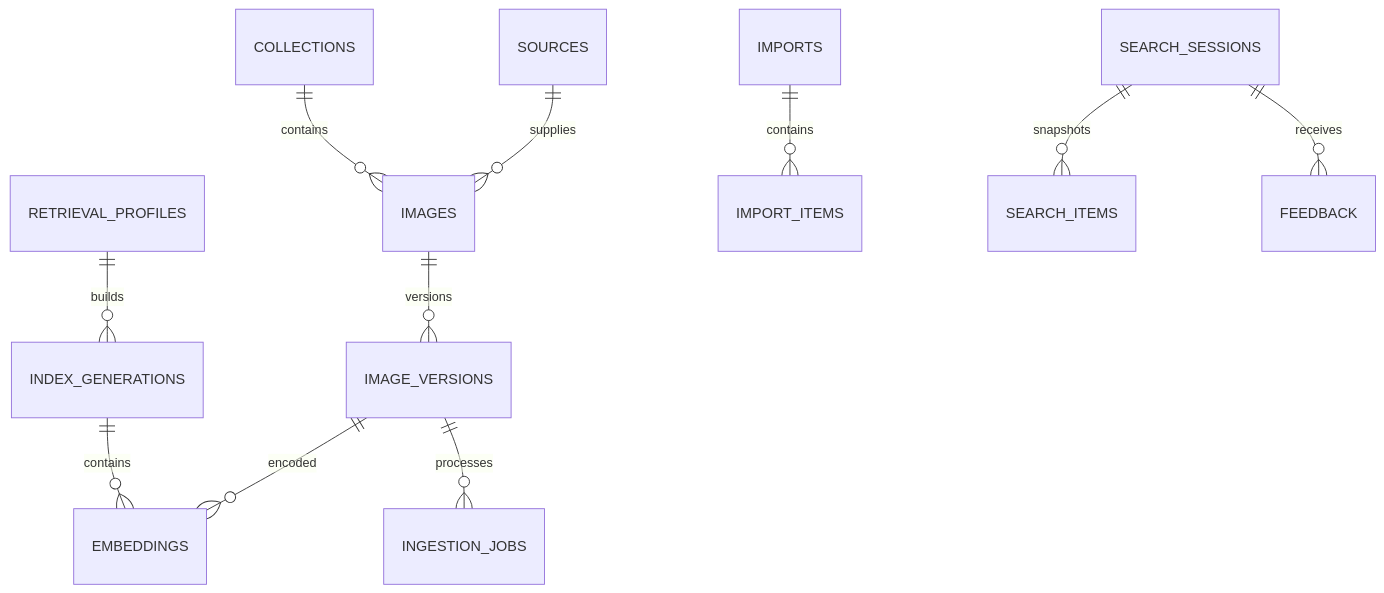
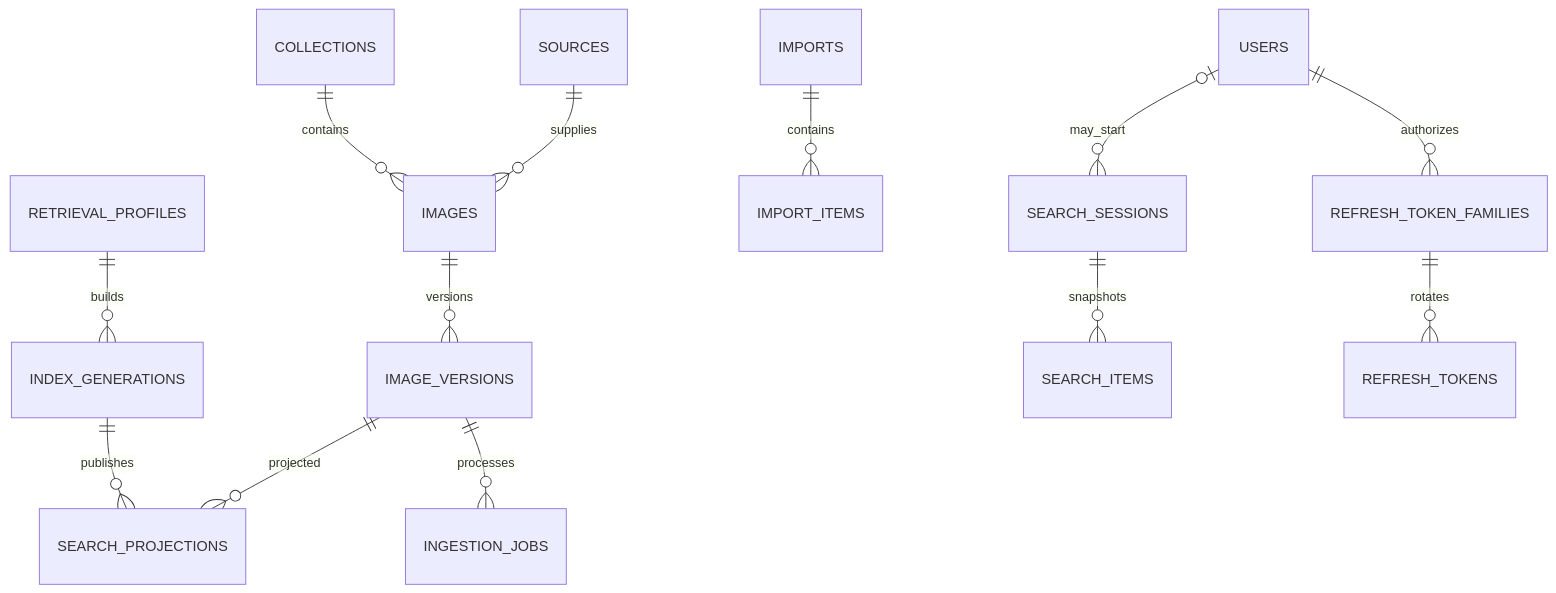
The diagram in docs/data-model.md (thong0609/image-search), drawn with Mermaid before and after one commit. The commit also changed other lines of this file and 15 other files, not shown here.

````diff
--- a/docs/data-model.md
+++ b/docs/data-model.md
@@ -7,13 +7,15 @@
 ```mermaid
 erDiagram
     SOURCES ||--o{ IMAGES : supplies
     COLLECTIONS ||--o{ IMAGES : contains
     IMAGES ||--o{ IMAGE_VERSIONS : versions
-    IMAGE_VERSIONS ||--o{ EMBEDDINGS : encoded
+    IMAGE_VERSIONS ||--o{ SEARCH_PROJECTIONS : projected
     RETRIEVAL_PROFILES ||--o{ INDEX_GENERATIONS : builds
-    INDEX_GENERATIONS ||--o{ EMBEDDINGS : contains
+    INDEX_GENERATIONS ||--o{ SEARCH_PROJECTIONS : publishes
     IMPORTS ||--o{ IMPORT_ITEMS : contains
     IMAGE_VERSIONS ||--o{ INGESTION_JOBS : processes
     SEARCH_SESSIONS ||--o{ SEARCH_ITEMS : snapshots
-    SEARCH_SESSIONS ||--o{ FEEDBACK : receives
+    USERS ||--o{ REFRESH_TOKEN_FAMILIES : authorizes
+    REFRESH_TOKEN_FAMILIES ||--o{ REFRESH_TOKENS : rotates
+    USERS o|--o{ SEARCH_SESSIONS : may_start
 ```
````
